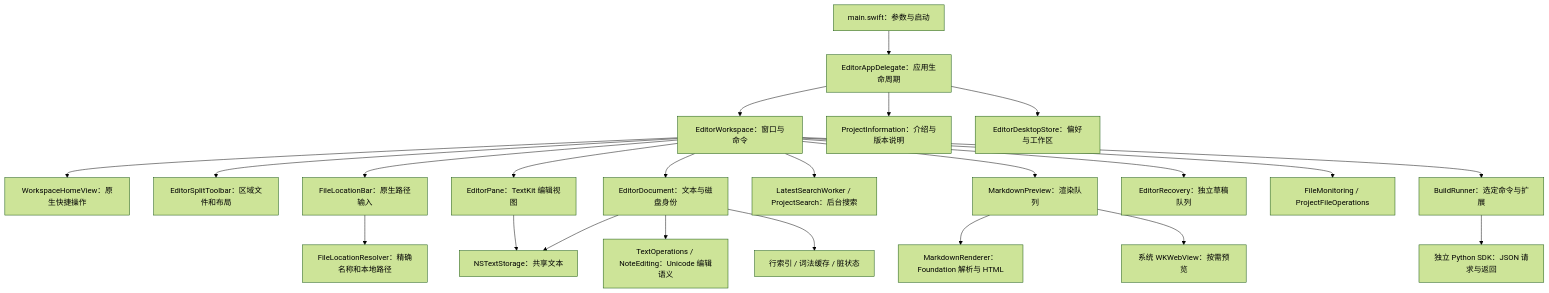
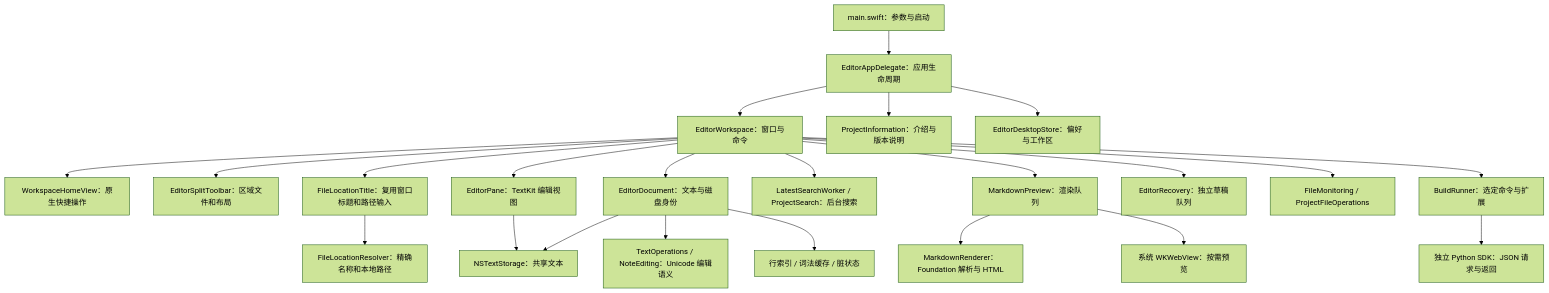
The diagram in docs/architecture.zh-CN.md (ziqi-wlb/OpenSourceEditor), drawn with Mermaid (forest theme) before and after one commit. The commit also changed 18 other files, not shown here.

````diff
--- a/docs/architecture.zh-CN.md
+++ b/docs/architecture.zh-CN.md
@@ -11,25 +11,25 @@
 ```mermaid
 flowchart TB
     entry[main.swift：参数与启动] --> app[EditorAppDelegate：应用生命周期]
     app --> workspace[EditorWorkspace：窗口与命令]
     app --> information[ProjectInformation：介绍与版本说明]
     workspace --> home[WorkspaceHomeView：原生快捷操作]
     workspace --> splits[EditorSplitToolbar：区域文件和布局]
-    workspace --> location[FileLocationBar：原生路径输入]
+    workspace --> location[FileLocationTitle：复用窗口标题和路径输入]
     location --> resolver[FileLocationResolver：精确名称和本地路径]
     workspace --> doc[EditorDocument：文本与磁盘身份]
     workspace --> panes[EditorPane：TextKit 编辑视图]
     panes --> storage[NSTextStorage：共享文本]
     doc --> storage
     doc --> operations[TextOperations / NoteEditing：Unicode 编辑语义]
     doc --> indexes[行索引 / 词法缓存 / 脏状态]
     workspace --> search[LatestSearchWorker / ProjectSearch：后台搜索]
     workspace --> preview[MarkdownPreview：渲染队列]
     preview --> renderer[MarkdownRenderer：Foundation 解析与 HTML]
     preview --> web[系统 WKWebView：按需预览]
     workspace --> recovery[EditorRecovery：独立草稿队列]
     app --> desktop[EditorDesktopStore：偏好与工作区]
     workspace --> files[FileMonitoring / ProjectFileOperations]
     workspace --> services[BuildRunner：选定命令与扩展]
     services --> python[独立 Python SDK：JSON 请求与返回]
 ```
````
